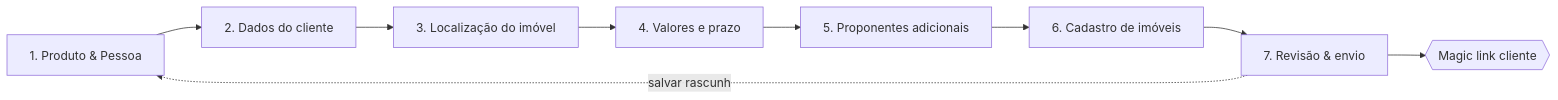
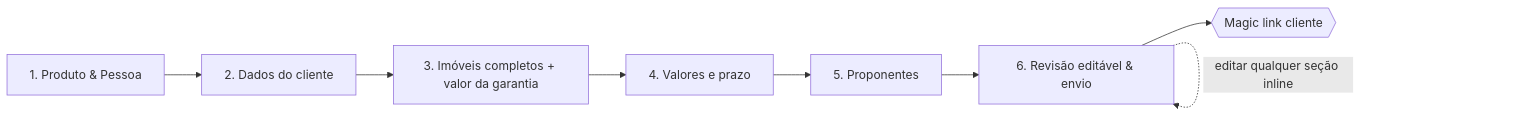
Before and after one commit to bonacciniWd/mercurio-capital: the sixth of 10 diagrams in docs/design/05-visual-map.md, drawn with Mermaid. The commit also changed other lines of this file and 68 other files, not shown here.

Commit message:
chore(release): 0.1.0 — RBAC jurídico, Wizard Nova Proposta (Step 2/3, revisão editável, composição de renda co-proponente) e validação/consulta CPF-CNPJ (Invertexto)

````diff
--- a/docs/design/05-visual-map.md
+++ b/docs/design/05-visual-map.md
@@ -189,11 +189,10 @@
 ```mermaid
 flowchart LR
   S1[1. Produto & Pessoa] --> S2[2. Dados do cliente]
-  S2 --> S3[3. Localização do imóvel]
+  S2 --> S3[3. Imóveis completos + valor da garantia]
   S3 --> S4[4. Valores e prazo]
-  S4 --> S5[5. Proponentes adicionais]
-  S5 --> S6[6. Cadastro de imóveis]
-  S6 --> S7[7. Revisão & envio]
-  S7 --> S8{{Magic link cliente}}
-  S7 -.salvar rascunho.-> S1
+  S4 --> S5[5. Proponentes]
+  S5 --> S6[6. Revisão editável & envio]
+  S6 --> S8{{Magic link cliente}}
+  S6 -.editar qualquer seção inline.-> S6
 ```
````
